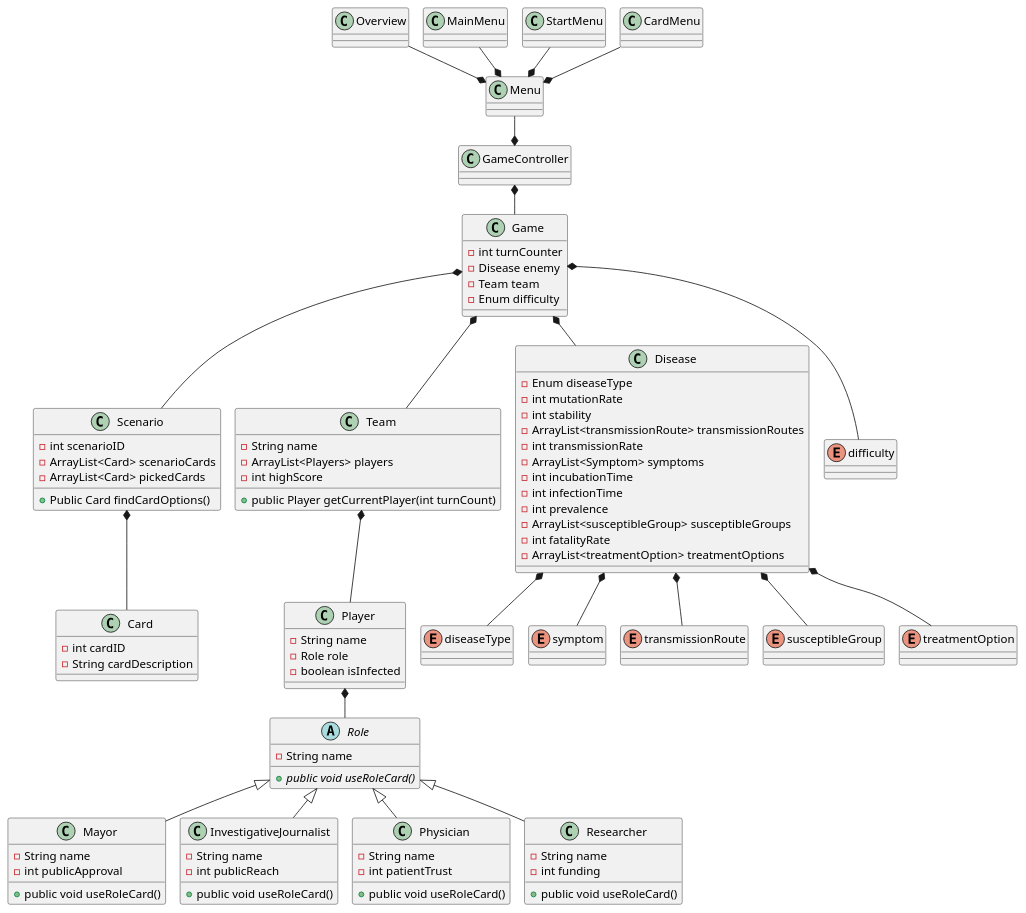
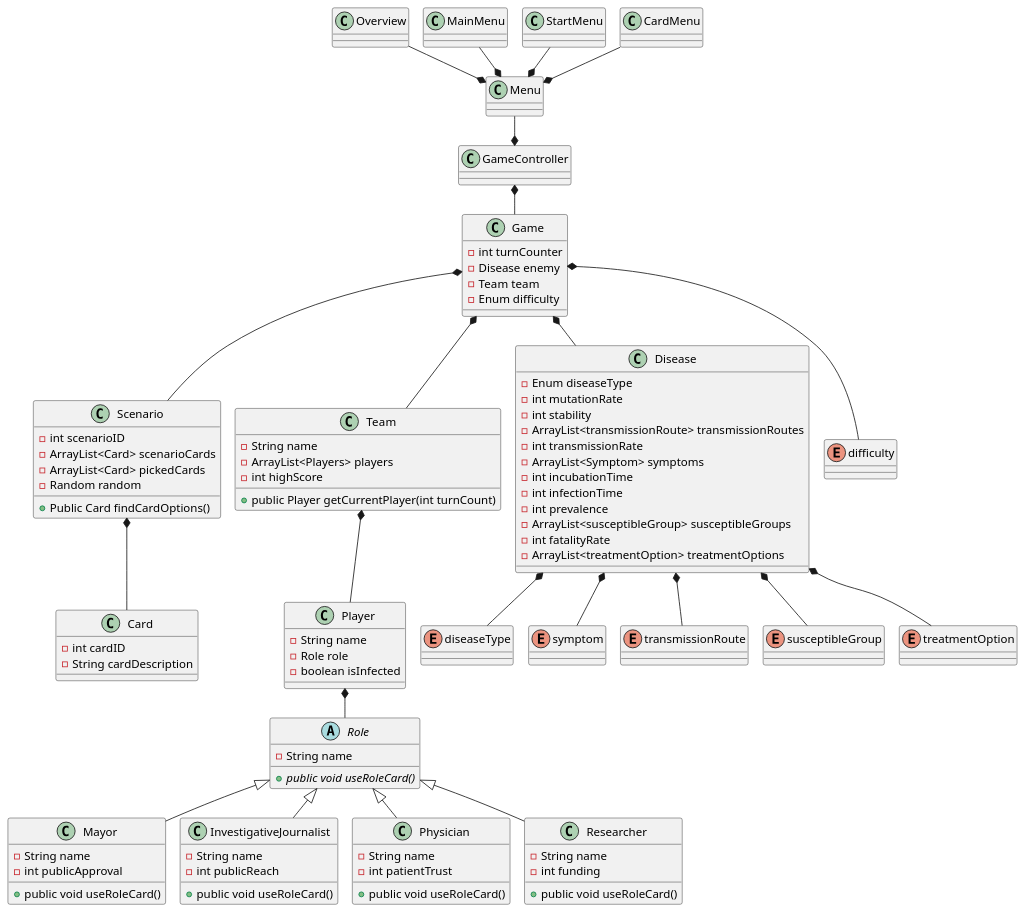
Before and after one commit to Ledut-dev/SP4: the diagram in doc/static/classdiagram.puml, drawn with PlantUML. The commit also changed 8 other files, not shown here.

```diff
--- a/doc/static/classdiagram.puml
+++ b/doc/static/classdiagram.puml
@@ -1,126 +1,127 @@
 @startuml
 
 !pragma layout smetana
 
 class Overview{}
 
 class MainMenu{}
 
 class StartMenu{}
 
 class CardMenu{}
 
 class Menu{}
 
 class Scenario{
 - int scenarioID
 - ArrayList<Card> scenarioCards
 - ArrayList<Card> pickedCards
+- Random random
 
 + Public Card findCardOptions()
 
 }
 
 class Card{
 - int cardID
 - String cardDescription
 }
 
 class Game{
 - int turnCounter
 - Disease enemy
 - Team team
 - Enum difficulty
 }
 
 class GameController{}
 
 class Player{
 - String name
 - Role role
 - boolean isInfected
 }
 
 class Team{
 - String name
 - ArrayList<Players> players
 - int highScore
 
 + public Player getCurrentPlayer(int turnCount)
 }
 
 abstract class Role{
 - String name
 + public {abstract} void useRoleCard()
 }
 
 class Mayor extends Role{
 - String name
 - int publicApproval
 + public void useRoleCard()
 }
 
 class InvestigativeJournalist extends Role{
 - String name
 - int publicReach
 + public void useRoleCard()
 }
 
 class Physician extends Role{
 - String name
 - int patientTrust
 + public void useRoleCard()
 }
 
 class Researcher extends Role{
 - String name
 - int funding
 + public void useRoleCard()
 }
 
 class Disease{
 - Enum diseaseType
 - int mutationRate
 - int stability
 - ArrayList<transmissionRoute> transmissionRoutes
 - int transmissionRate
 - ArrayList<Symptom> symptoms
 - int incubationTime
 - int infectionTime
 - int prevalence
 - ArrayList<susceptibleGroup> susceptibleGroups
 - int fatalityRate
 - ArrayList<treatmentOption> treatmentOptions
 }
 
 enum diseaseType
 enum symptom
 enum transmissionRoute
 enum susceptibleGroup
 enum treatmentOption
 enum difficulty
 
 Overview --* Menu
 MainMenu --* Menu
 StartMenu --* Menu
 CardMenu --* Menu
 
 Menu --* GameController
 
 GameController *-- Game
 Game *-- Disease
 Game *-- Scenario
 Game *-- Team
 Scenario *-- Card
 Team *-- Player
 Player *-- Role
 
 Game *-- difficulty
 Disease *-- diseaseType
 Disease *-- symptom
 Disease *-- transmissionRoute
 Disease *-- treatmentOption
 Disease *-- susceptibleGroup
 
 
 @enduml
```
